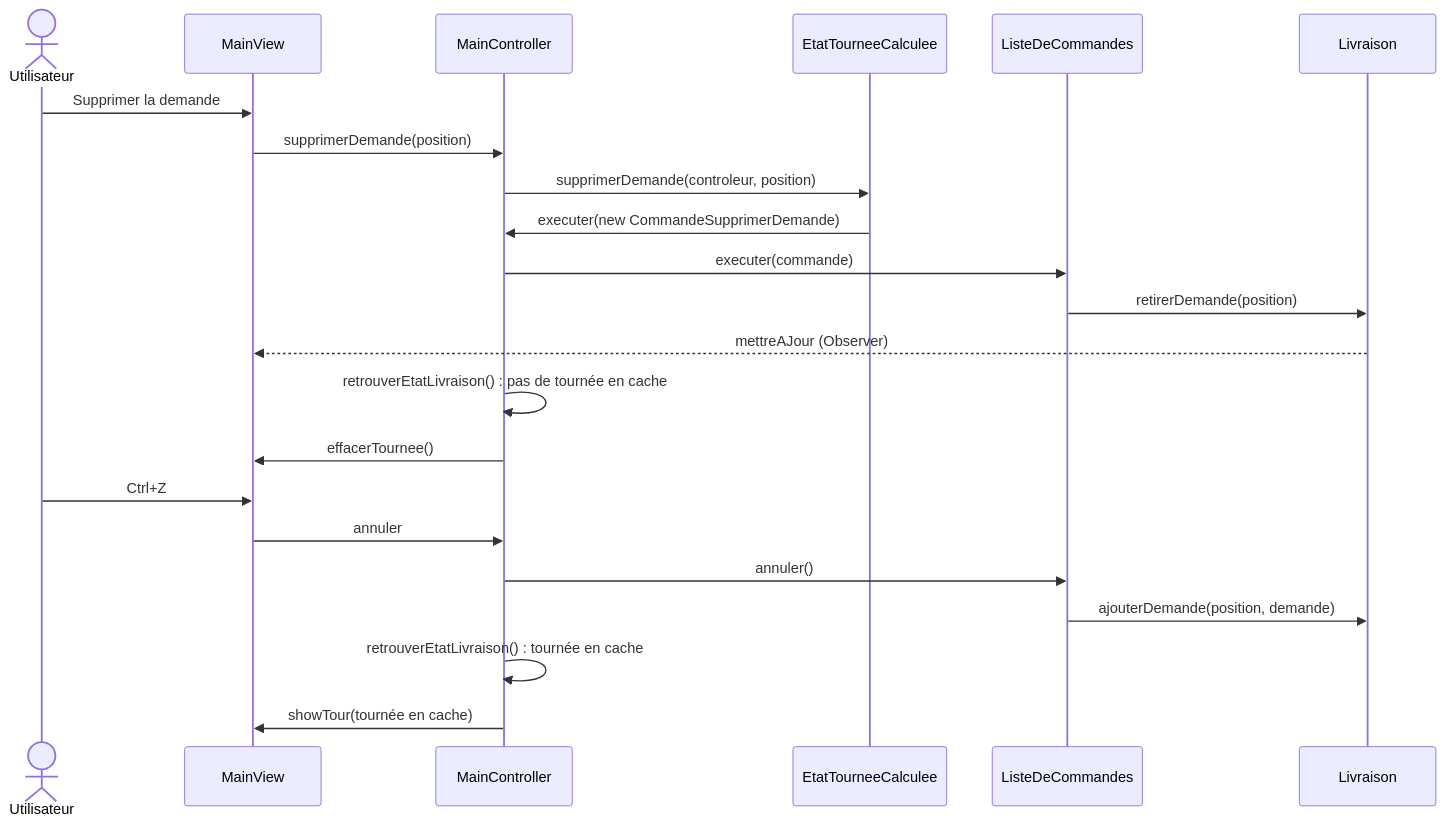
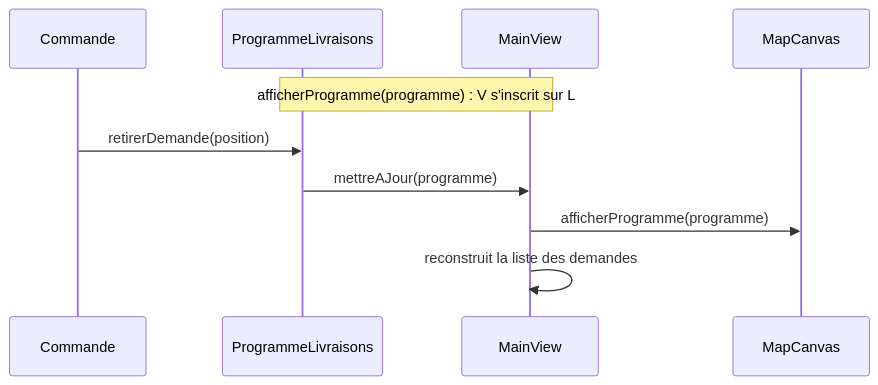
Before and after one commit to tristanhp/Optimod-Lyon: the second of 3 diagrams in docs/diagrams/README.md, drawn with Mermaid. The commit also changed other lines of this file and 65 other files, not shown here.

````diff
--- a/docs/diagrams/README.md
+++ b/docs/diagrams/README.md
@@ -161,24 +56,12 @@
 ```mermaid
 sequenceDiagram
-    actor U as Utilisateur
+    participant X as Commande
+    participant L as ProgrammeLivraisons
     participant V as MainView
-    participant C as MainController
-    participant E as EtatTourneeCalculee
-    participant H as ListeDeCommandes
-    participant L as Livraison
-    U->>V: Supprimer la demande
-    V->>C: supprimerDemande(position)
-    C->>E: supprimerDemande(controleur, position)
-    E->>C: executer(new CommandeSupprimerDemande)
-    C->>H: executer(commande)
-    H->>L: retirerDemande(position)
-    L-->>V: mettreAJour (Observer)
-    C->>C: retrouverEtatLivraison() : pas de tournée en cache
-    C->>V: effacerTournee()
-    U->>V: Ctrl+Z
-    V->>C: annuler
-    C->>H: annuler()
-    H->>L: ajouterDemande(position, demande)
-    C->>C: retrouverEtatLivraison() : tournée en cache
-    C->>V: showTour(tournée en cache)
+    participant M as MapCanvas
+    Note over V,L: afficherProgramme(programme) : V s'inscrit sur L
+    X->>L: retirerDemande(position)
+    L->>V: mettreAJour(programme)
+    V->>M: afficherProgramme(programme)
+    V->>V: reconstruit la liste des demandes
 ```
````
